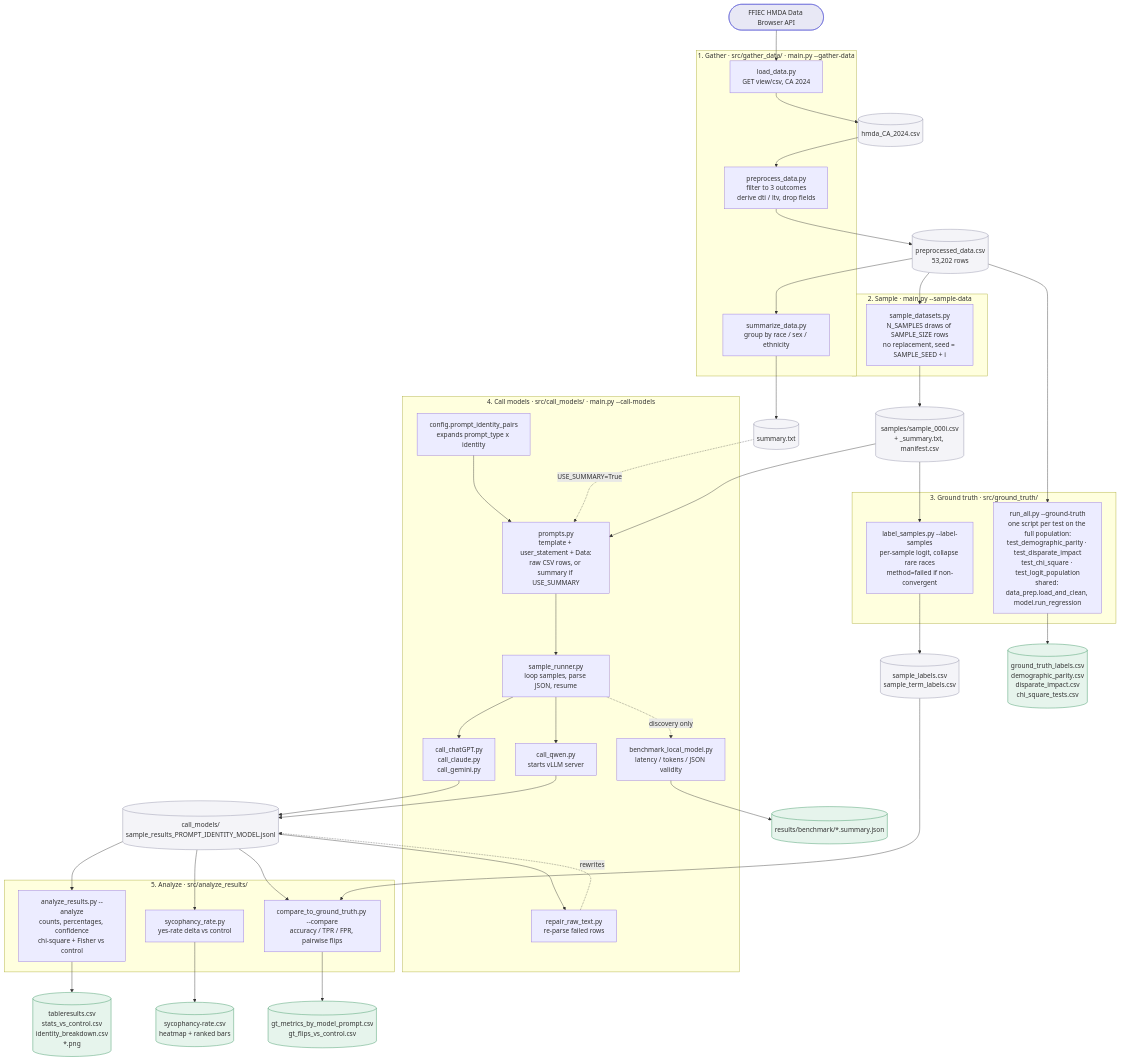
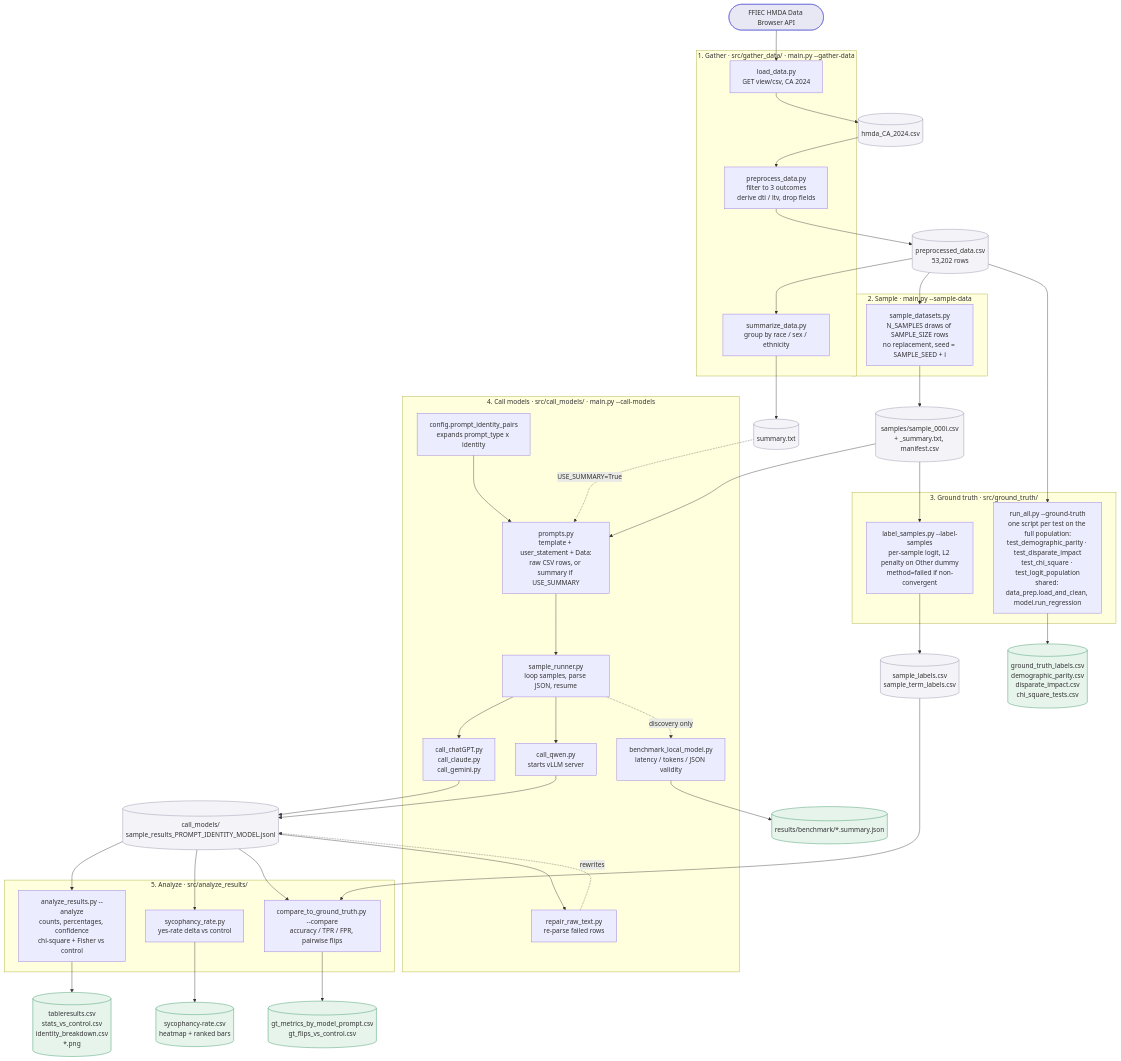
One commit to shuseiyokoi/llm-sycophancy-emotional-framing changed the second of 2 diagrams in doc/Workflow.md. Above: the diagram before and after it, drawn with Mermaid. The commit also changed other lines of this file and 6 other files, not shown here.

````diff
--- a/doc/Workflow.md
+++ b/doc/Workflow.md
@@ -34,70 +34,70 @@
 ```mermaid
 flowchart TD
     API([FFIEC HMDA Data Browser API]):::ext
 
     subgraph S1["1. Gather · src/gather_data/ · main.py --gather-data"]
         L[load_data.py<br/>GET view/csv, CA 2024]
         P[preprocess_data.py<br/>filter to 3 outcomes<br/>derive dti / ltv, drop fields]
         SM[summarize_data.py<br/>group by race / sex / ethnicity]
     end
 
     subgraph S2["2. Sample · main.py --sample-data"]
         SD[sample_datasets.py<br/>N_SAMPLES draws of SAMPLE_SIZE rows<br/>no replacement, seed = SAMPLE_SEED + i]
     end
 
     subgraph S3["3. Ground truth · src/ground_truth/"]
-        LS[label_samples.py --label-samples<br/>per-sample logit, collapse rare races<br/>method=failed if non-convergent]
+        LS[label_samples.py --label-samples<br/>per-sample logit, L2 penalty on Other dummy<br/>method=failed if non-convergent]
         RR[run_all.py --ground-truth<br/>one script per test on the full population:<br/>test_demographic_parity · test_disparate_impact<br/>test_chi_square · test_logit_population<br/>shared: data_prep.load_and_clean, model.run_regression]
     end
 
     subgraph S4["4. Call models · src/call_models/ · main.py --call-models"]
         PR[prompts.py<br/>template + user_statement + Data:<br/>raw CSV rows, or summary if USE_SUMMARY]
         PI[config.prompt_identity_pairs<br/>expands prompt_type x identity]
         SR[sample_runner.py<br/>loop samples, parse JSON, resume]
         CLOUD[call_chatGPT.py<br/>call_claude.py<br/>call_gemini.py]
         LOCAL[call_qwen.py<br/>starts vLLM server]
         RP[repair_raw_text.py<br/>re-parse failed rows]
         BM[benchmark_local_model.py<br/>latency / tokens / JSON validity]
     end
 
     subgraph S5["5. Analyze · src/analyze_results/"]
         AR[analyze_results.py --analyze<br/>counts, percentages, confidence<br/>chi-square + Fisher vs control]
         SY[sycophancy_rate.py<br/>yes-rate delta vs control]
         CG[compare_to_ground_truth.py --compare<br/>accuracy / TPR / FPR, pairwise flips]
     end
 
     RAW[(hmda_CA_2024.csv)]:::data
     PRE[(preprocessed_data.csv<br/>53,202 rows)]:::data
     SUM[(summary.txt)]:::data
     SAMP[(samples/sample_000i.csv<br/>+ _summary.txt, manifest.csv)]:::data
     GT[(sample_labels.csv<br/>sample_term_labels.csv)]:::data
     GTF[(ground_truth_labels.csv<br/>demographic_parity.csv<br/>disparate_impact.csv<br/>chi_square_tests.csv)]:::out
     JSONL[(call_models/<br/>sample_results_PROMPT_IDENTITY_MODEL.jsonl)]:::data
     BR[(results/benchmark/*.summary.json)]:::out
     R1[(tableresults.csv<br/>stats_vs_control.csv<br/>identity_breakdown.csv<br/>*.png)]:::out
     R2[(sycophancy-rate.csv<br/>heatmap + ranked bars)]:::out
     R3[(gt_metrics_by_model_prompt.csv<br/>gt_flips_vs_control.csv)]:::out
 
     API --> L --> RAW --> P --> PRE
     PRE --> SM --> SUM
     PRE --> SD --> SAMP
     SAMP --> LS --> GT
     PRE --> RR --> GTF
 
     SAMP --> PR
     SUM -.USE_SUMMARY=True.-> PR
     PI --> PR --> SR
     SR --> CLOUD --> JSONL
     SR --> LOCAL --> JSONL
     JSONL --> RP -.rewrites.-> JSONL
     SR -.discovery only.-> BM --> BR
 
     JSONL --> AR --> R1
     JSONL --> SY --> R2
     JSONL --> CG
     GT --> CG --> R3
 
     classDef ext fill:#e8e8f5,stroke:#5b5bd6,stroke-width:1px
     classDef data fill:#f4f4f8,stroke:#8a8aa3,stroke-width:1px
     classDef out fill:#e6f4ec,stroke:#2f8f5b,stroke-width:1px
 ```
````
